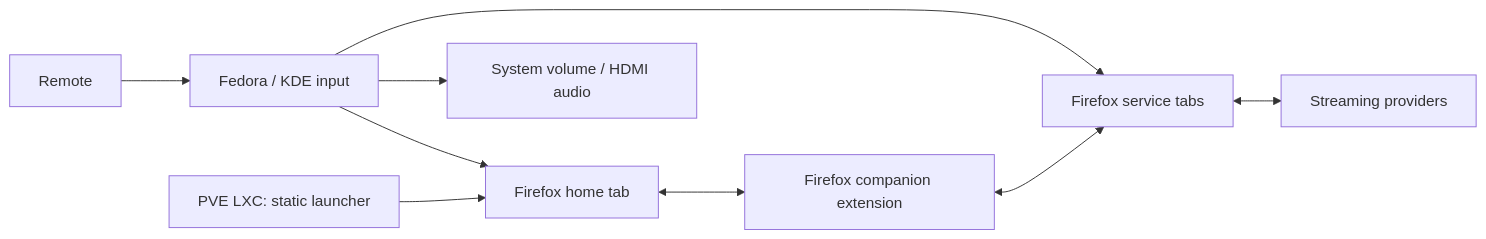
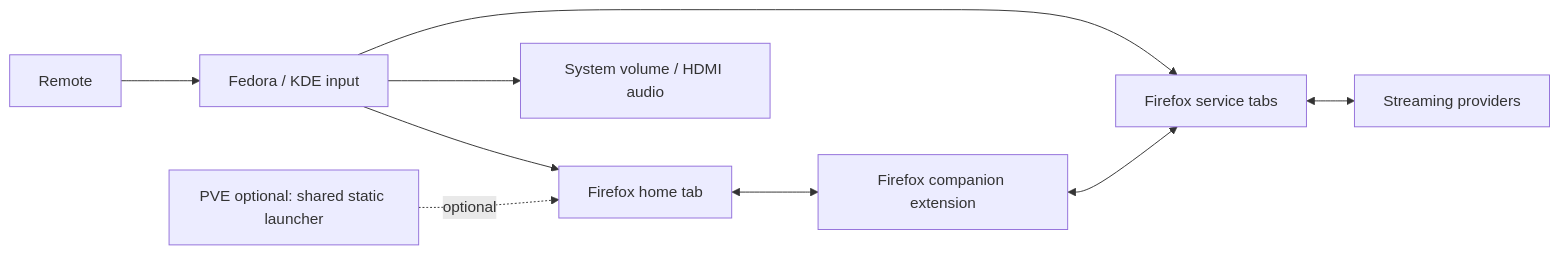
One commit to sameer-b/tuxtelly changed the diagram in docs/project-plan.md. Above: the diagram before and after it, drawn with Mermaid. The commit also changed other lines of this file and 8 other files, not shown here.

````diff
--- a/docs/project-plan.md
+++ b/docs/project-plan.md
@@ -25,11 +25,11 @@
 ```mermaid
 flowchart LR
     R[Remote] --> K[Fedora / KDE input]
     K --> H[Firefox home tab]
     K --> T[Firefox service tabs]
     K --> A[System volume / HDMI audio]
-    P[PVE LXC: static launcher] --> H
+    P[PVE optional: shared static launcher] -. optional .-> H
     H <--> E[Firefox companion extension]
     E <--> T
     T <--> S[Streaming providers]
 ```
````
